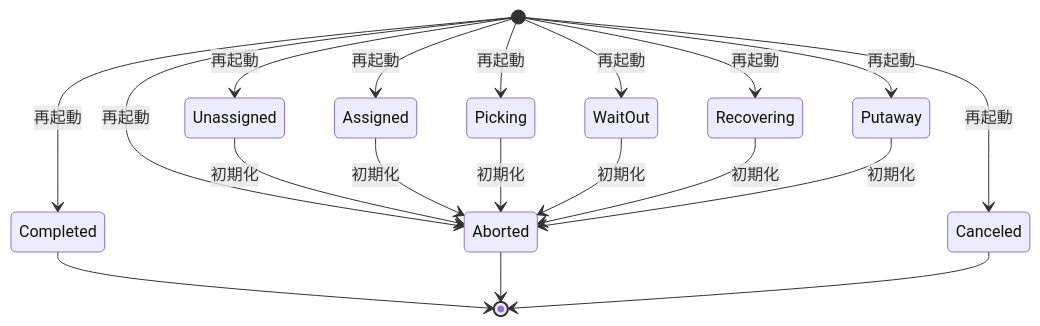
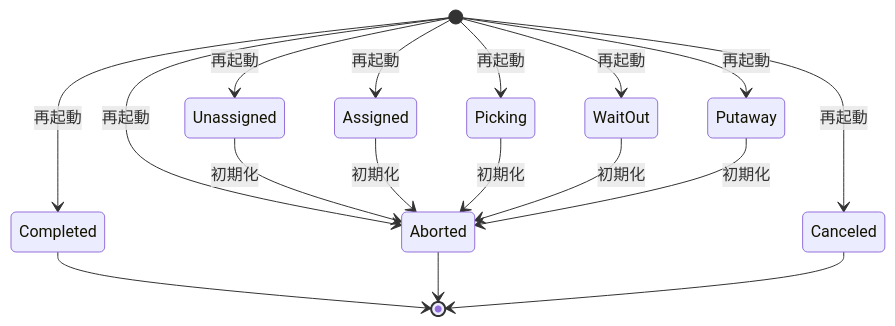
The third of 3 diagrams in docs/server/job_rules.md (YE0250OCHI/FinalAssignment_TeamA), drawn with Mermaid before and after one commit. The commit also changed other lines of this file, not shown here.

````diff
--- a/docs/server/job_rules.md
+++ b/docs/server/job_rules.md
@@ -213,25 +198,23 @@
 ``` mermaid
 stateDiagram-v2
 
 [*] --> Unassigned : 再起動
 [*] --> Assigned : 再起動
 [*] --> Picking : 再起動
 [*] --> WaitOut : 再起動
-[*] --> Recovering : 再起動
 [*] --> Putaway : 再起動
 
 [*] --> Completed : 再起動
 [*] --> Aborted : 再起動
 [*] --> Canceled : 再起動
 
 Unassigned --> Aborted: 初期化
 Assigned --> Aborted: 初期化
 Picking --> Aborted: 初期化
 WaitOut --> Aborted: 初期化
-Recovering --> Aborted: 初期化
 Putaway --> Aborted: 初期化
 
 Completed --> [*]
 Aborted --> [*]
 Canceled --> [*]
 ```
````
